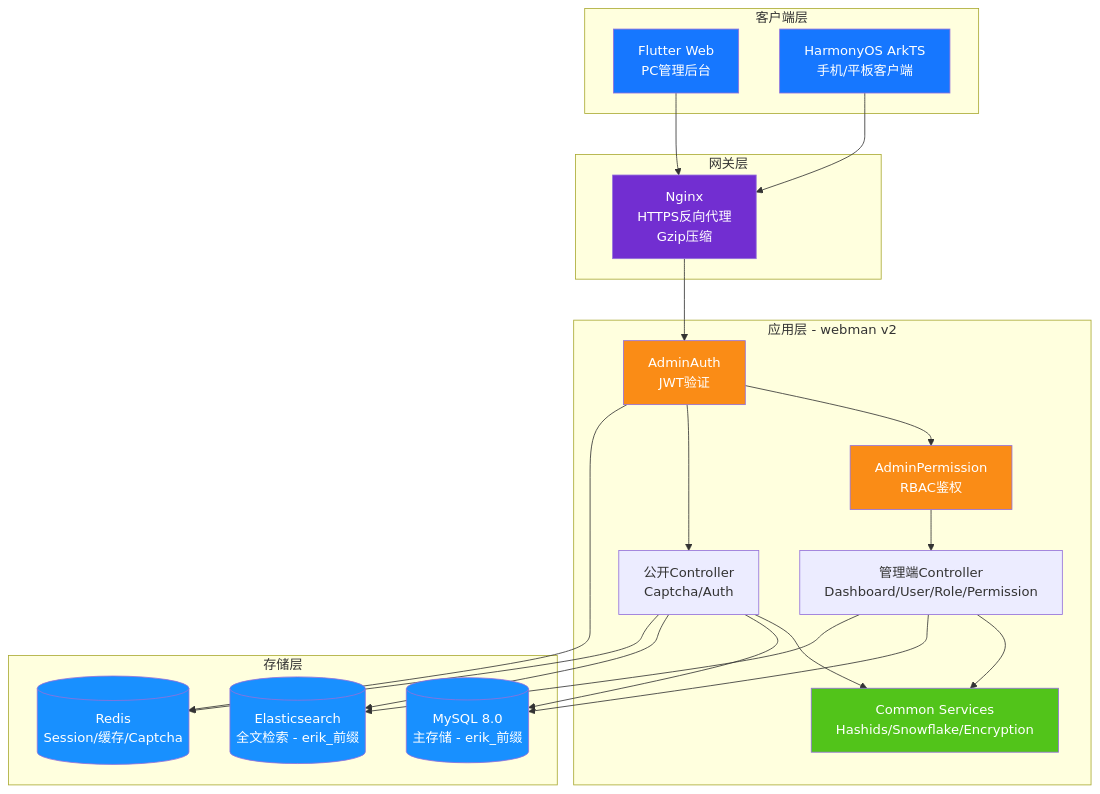
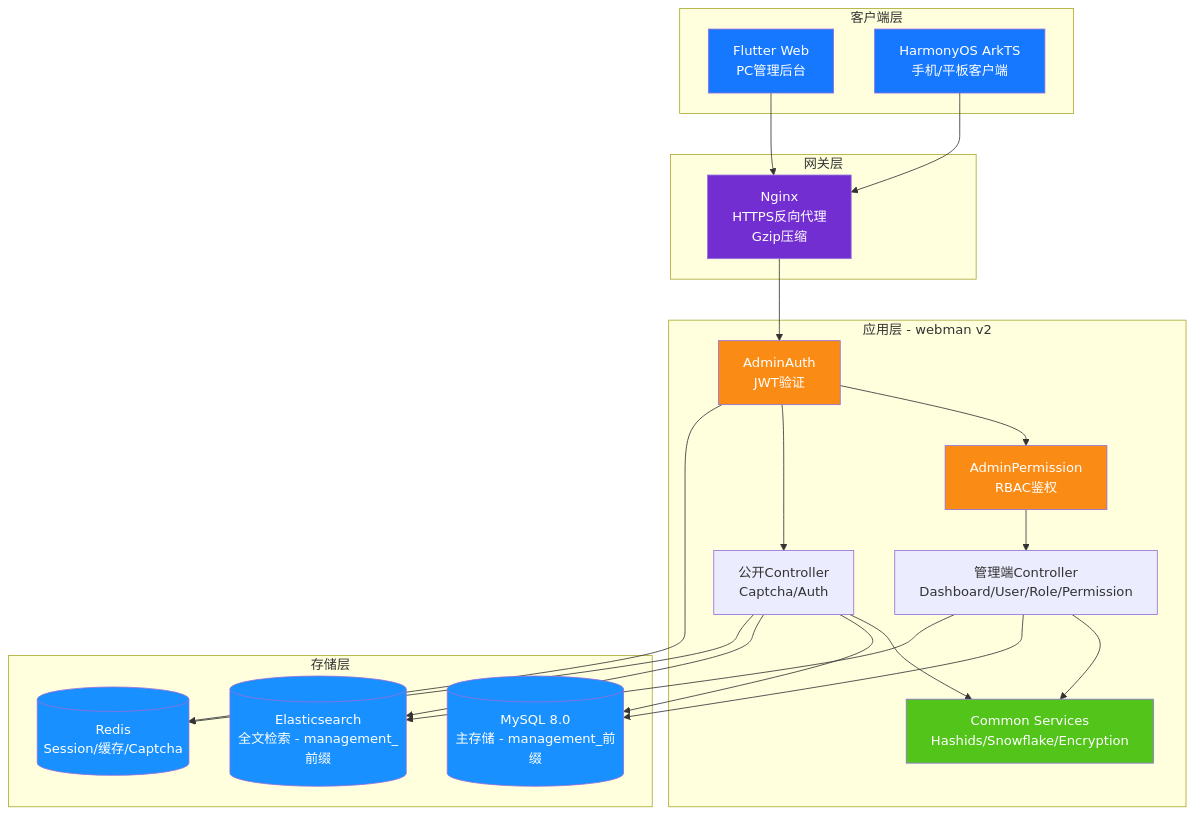
Before and after one commit to erikwang2013/property-management-platform: the diagram in admin/docs/diagrams/01-system-architecture.md, drawn with Mermaid. The commit also changed 347 other files, not shown here.

````diff
--- a/admin/docs/diagrams/01-system-architecture.md
+++ b/admin/docs/diagrams/01-system-architecture.md
@@ -3,50 +3,50 @@
 ```mermaid
 flowchart TB
     subgraph clients["客户端层"]
         flutter["Flutter Web<br/>PC管理后台"]
         harmony["HarmonyOS ArkTS<br/>手机/平板客户端"]
     end
 
     subgraph gateway["网关层"]
         nginx["Nginx<br/>HTTPS反向代理<br/>Gzip压缩"]
     end
 
     subgraph app["应用层 - webman v2"]
         auth["AdminAuth<br/>JWT验证"]
         perm["AdminPermission<br/>RBAC鉴权"]
         admin["管理端Controller<br/>Dashboard/User/Role/Permission"]
         public["公开Controller<br/>Captcha/Auth"]
         common["Common Services<br/>Hashids/Snowflake/Encryption"]
     end
 
     subgraph storage["存储层"]
-        mysql[("MySQL 8.0<br/>主存储 - erik_前缀")]
-        es[("Elasticsearch<br/>全文检索 - erik_前缀")]
+        mysql[("MySQL 8.0<br/>主存储 - management_前缀")]
+        es[("Elasticsearch<br/>全文检索 - management_前缀")]
         redis[("Redis<br/>Session/缓存/Captcha")]
     end
 
     flutter --> nginx
     harmony --> nginx
     nginx --> auth
     auth --> perm
     perm --> admin
     auth --> public
     admin --> common
     public --> common
     admin --> mysql
     public --> mysql
     admin --> es
     public --> es
     auth --> redis
     public --> redis
 
     style flutter fill:#1677FF,color:#fff
     style harmony fill:#1677FF,color:#fff
     style nginx fill:#722ED1,color:#fff
     style auth fill:#FA8C16,color:#fff
     style perm fill:#FA8C16,color:#fff
     style common fill:#52C41A,color:#fff
     style mysql fill:#1890FF,color:#fff
     style es fill:#1890FF,color:#fff
     style redis fill:#1890FF,color:#fff
 ```
````
